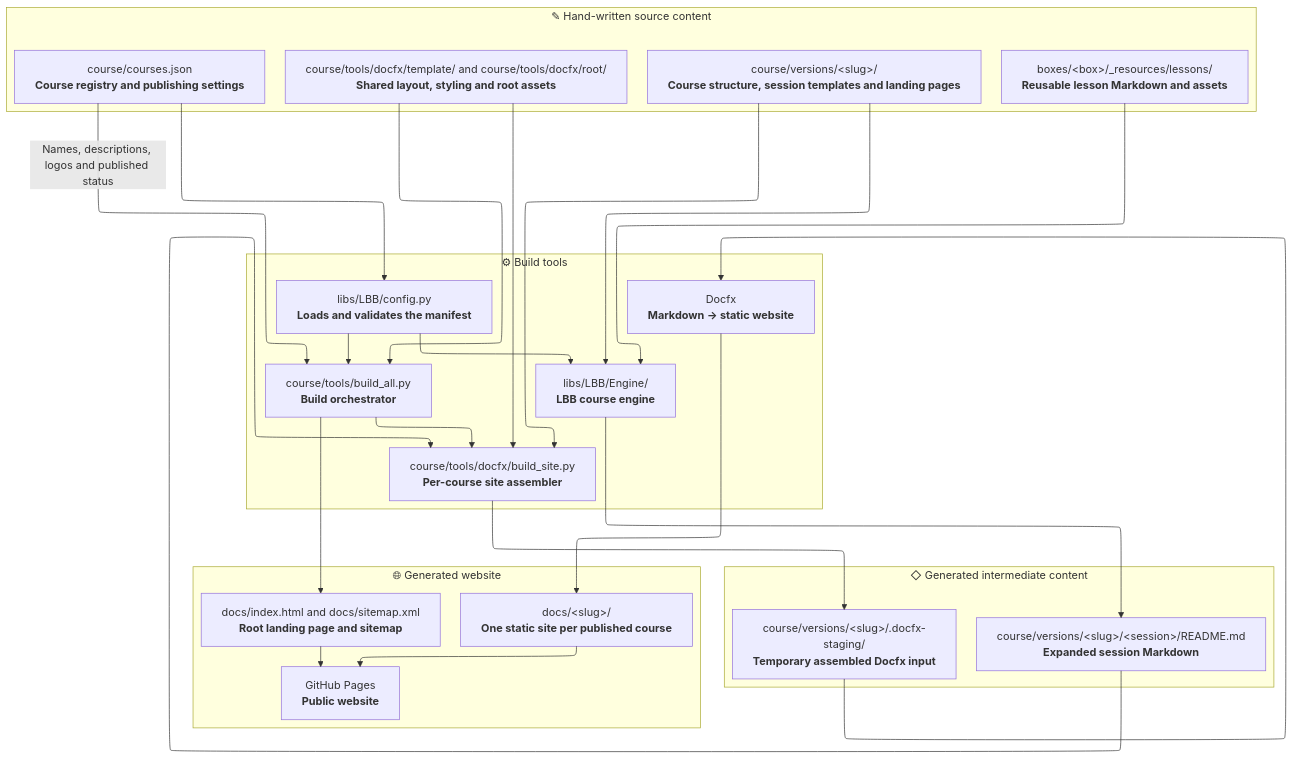
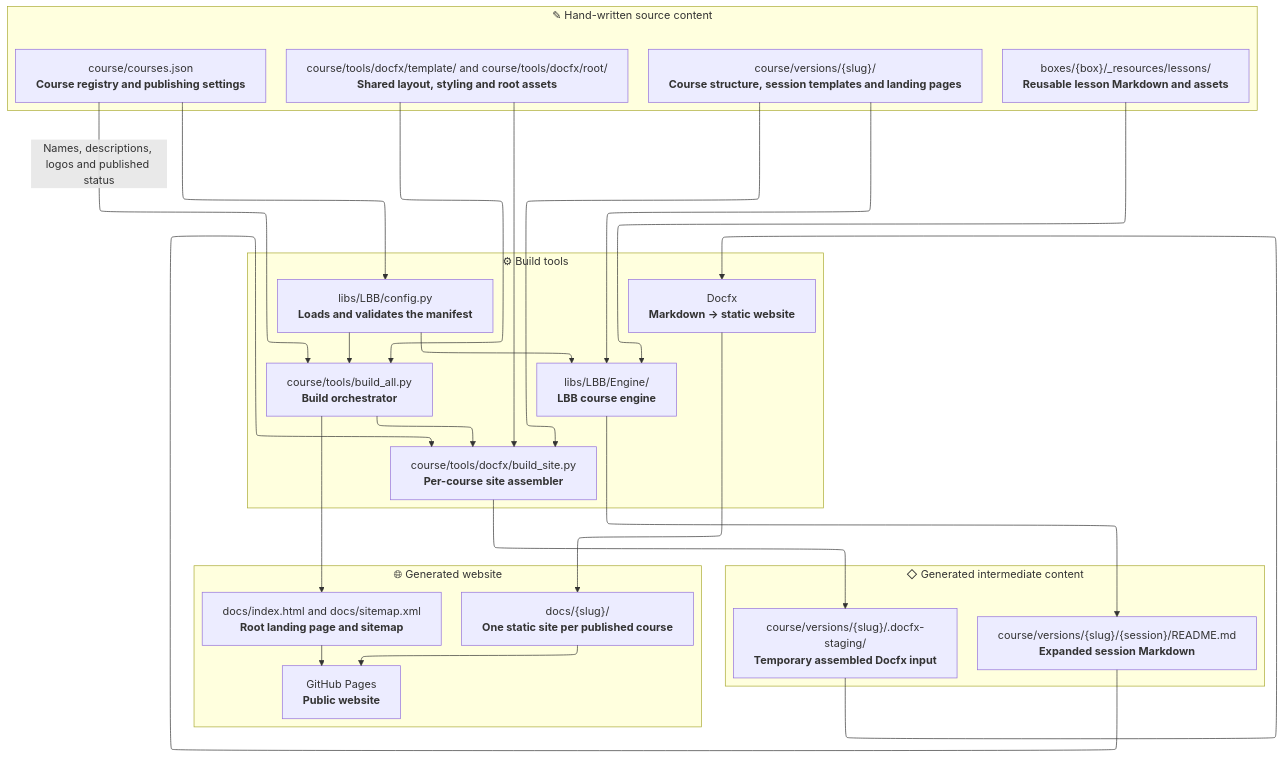
One commit to NoBlackBoxes/LastBlackBox changed the first of 2 diagrams in course/tools/docfx/README.md. Above: the diagram before and after it, drawn with Mermaid. The commit also changed other lines of this file, not shown here.

````diff
--- a/course/tools/docfx/README.md
+++ b/course/tools/docfx/README.md
@@ -12,81 +12,81 @@
 ```mermaid
 ---
 config:
   layout: elk
   markdownAutoWrap: false
 ---
 flowchart TD
     subgraph sources["✎ Hand-written source content"]
         manifest["`course/courses.json
 **Course registry and publishing settings**`"]
 
-        versions["`course/versions/&lt;slug&gt;/
+        versions["`course/versions/{slug}/
 **Course structure, session templates and landing pages**`"]
 
-        boxes["`boxes/&lt;box&gt;/_resources/lessons/
+        boxes["`boxes/{box}/_resources/lessons/
 **Reusable lesson Markdown and assets**`"]
 
         theme["`course/tools/docfx/template/ and course/tools/docfx/root/
 **Shared layout, styling and root assets**`"]
     end
 
     subgraph generation["⚙︎ Build tools"]
         config["`libs/LBB/config.py
 **Loads and validates the manifest**`"]
 
         orchestrator["`course/tools/build_all.py
 **Build orchestrator**`"]
 
         engine["`libs/LBB/Engine/
 **LBB course engine**`"]
 
         site_builder["`course/tools/docfx/build_site.py
 **Per-course site assembler**`"]
 
         docfx["`Docfx
 **Markdown → static website**`"]
     end
 
     subgraph intermediate["◇ Generated intermediate content"]
-        readmes["`course/versions/&lt;slug&gt;/&lt;session&gt;/README.md
+        readmes["`course/versions/{slug}/{session}/README.md
 **Expanded session Markdown**`"]
 
-        staging["`course/versions/&lt;slug&gt;/.docfx-staging/
+        staging["`course/versions/{slug}/.docfx-staging/
 **Temporary assembled Docfx input**`"]
     end
 
     subgraph output["🌐︎ Generated website"]
-        course_sites["`docs/&lt;slug&gt;/
+        course_sites["`docs/{slug}/
 **One static site per published course**`"]
 
         landing["`docs/index.html and docs/sitemap.xml
 **Root landing page and sitemap**`"]
 
         pages["`GitHub Pages
 **Public website**`"]
     end
 
     manifest --> config
     config --> orchestrator
     config --> engine
 
     versions --> engine
     boxes --> engine
     engine --> readmes
 
     orchestrator --> site_builder
     readmes --> site_builder
     versions --> site_builder
     theme --> site_builder
 
     site_builder --> staging
     staging --> docfx
     docfx --> course_sites
 
     manifest -->|"Names, descriptions, logos and published status"| orchestrator
     theme --> orchestrator
     orchestrator --> landing
 
     course_sites --> pages
     landing --> pages
 ```
````
